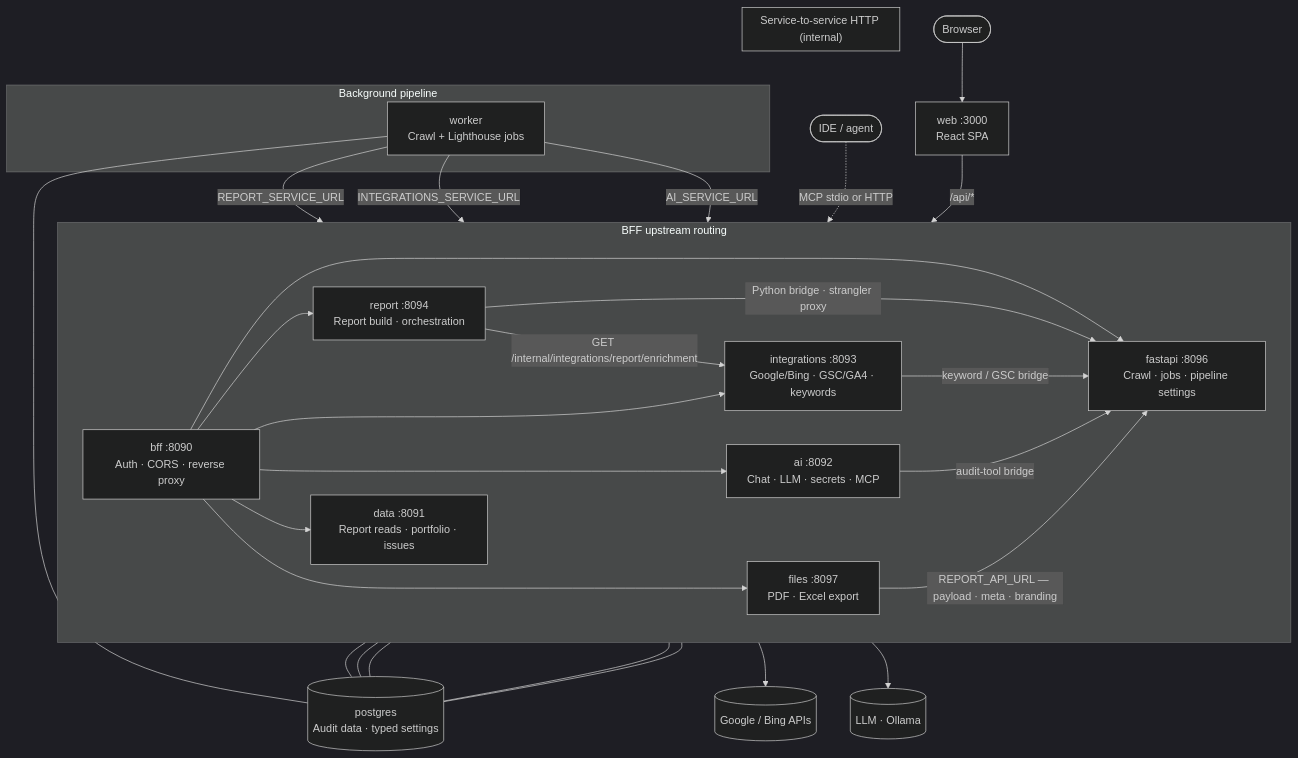
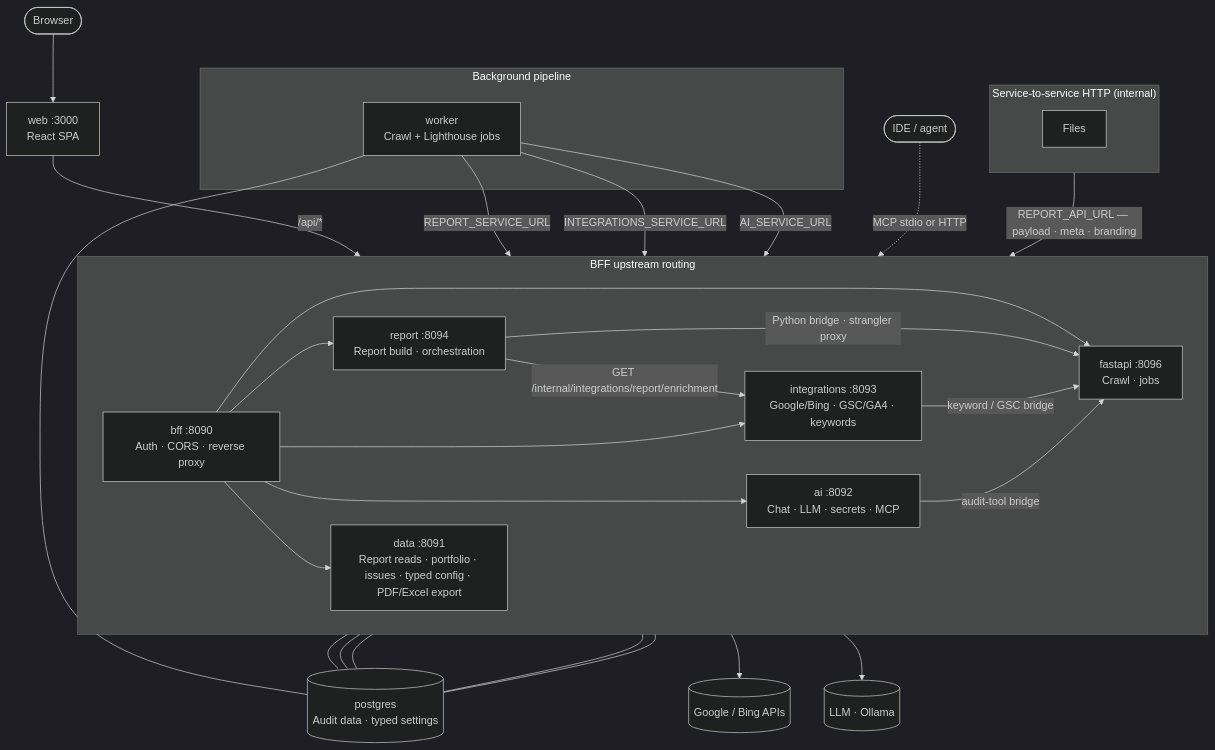
Before and after one commit to codefrydev/WebsiteProfiling: the diagram in README.md, drawn with Mermaid (dark theme). The commit also changed other lines of this file and 147 other files, not shown here.

Commit message:
Merge File And Config Service inot DATa Service

````diff
--- a/README.md
+++ b/README.md
@@ -145,44 +145,43 @@
 ```mermaid
 flowchart TB
     Browser([Browser]) --> Web["web :3000<br/>React SPA"]
     Web -->|"/api/*"| BFF["bff :8090<br/>Auth · CORS · reverse proxy"]
 
     subgraph BffRoutes["BFF upstream routing"]
         direction LR
-        BFF --> FastAPI["fastapi :8096<br/>Crawl · jobs · pipeline settings"]
+        BFF --> FastAPI["fastapi :8096<br/>Crawl · jobs"]
         BFF --> Report["report :8094<br/>Report build · orchestration"]
         BFF --> Integrations["integrations :8093<br/>Google/Bing · GSC/GA4 · keywords"]
         BFF --> Ai["ai :8092<br/>Chat · LLM · secrets · MCP"]
-        BFF --> Data["data :8091<br/>Report reads · portfolio · issues"]
-        BFF --> Files["files :8097<br/>PDF · Excel export"]
+        BFF --> Data["data :8091<br/>Report reads · portfolio · issues · typed config · PDF/Excel export"]
     end
 
     subgraph Pipeline["Background pipeline"]
         Worker["worker<br/>Crawl + Lighthouse jobs"]
         Worker -->|"REPORT_SERVICE_URL"| Report
         Worker -->|"INTEGRATIONS_SERVICE_URL"| Integrations
         Worker -->|"AI_SERVICE_URL"| Ai
     end
 
     subgraph Internal["Service-to-service HTTP (internal)"]
         direction TB
         Report -->|"Python bridge · strangler proxy"| FastAPI
         Report -->|"GET /internal/integrations/report/enrichment"| Integrations
         Integrations -->|"keyword / GSC bridge"| FastAPI
         Ai -->|"audit-tool bridge"| FastAPI
         Files -->|"REPORT_API_URL — payload · meta · branding"| FastAPI
     end
 
     Postgres[("postgres<br/>Audit data · typed settings")]
 
     FastAPI --- Postgres
     Worker --- Postgres
     Report --- Postgres
     Integrations --- Postgres
     Ai --- Postgres
     Data --- Postgres
 
     Integrations --> Google[(Google / Bing APIs)]
     Ai --> LLM[(LLM · Ollama)]
     MCP([IDE / agent]) -.->|"MCP stdio or HTTP"| Ai
 ```
````
